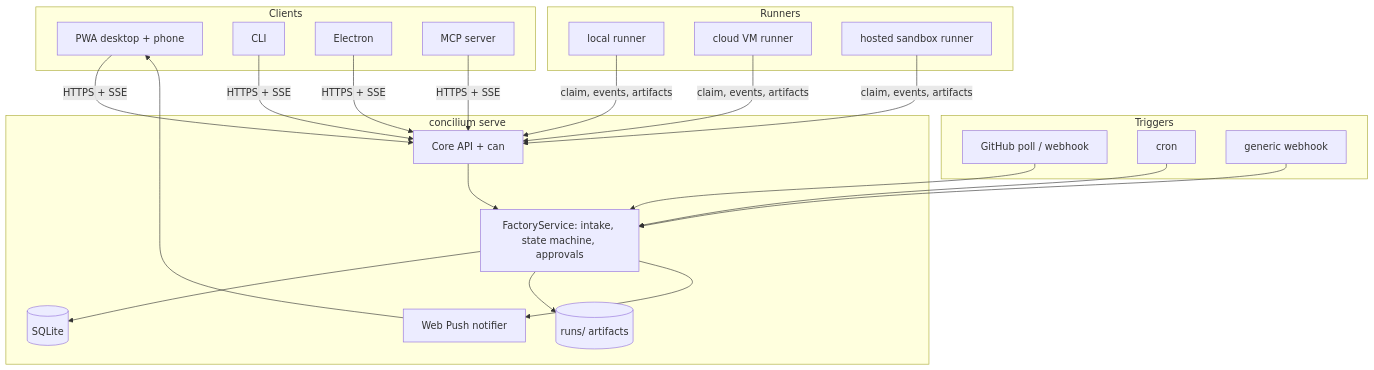
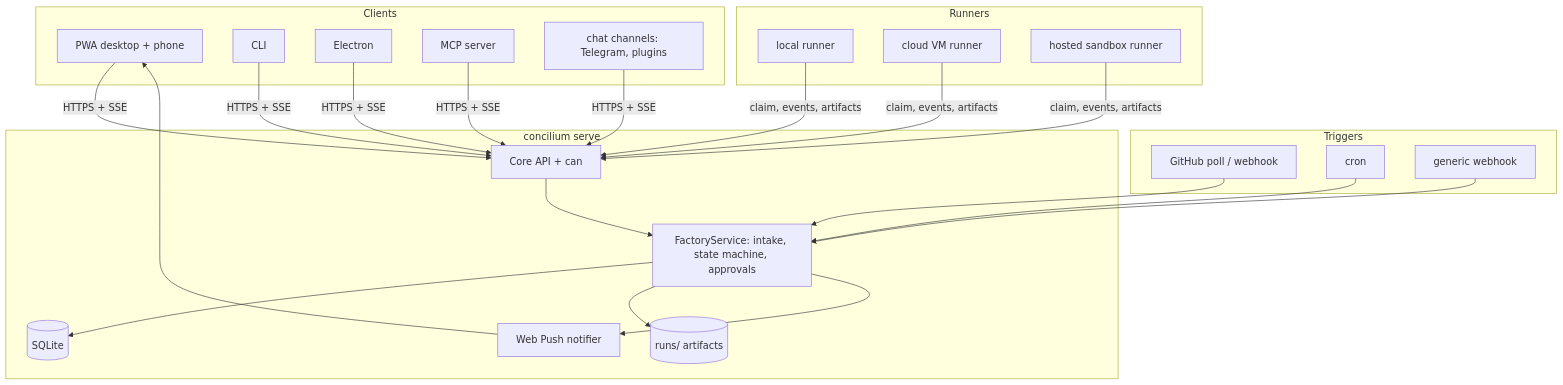
Before and after one commit to matiasdaloia/concilium: the first of 2 diagrams in docs/plans/factory-architecture.md, drawn with Mermaid. The commit also changed other lines of this file, not shown here.

Commit message:
docs: plan messaging channels gateway milestone

````diff
--- a/docs/plans/factory-architecture.md
+++ b/docs/plans/factory-architecture.md
@@ -108,32 +108,33 @@
 ```mermaid
 flowchart TB
   subgraph Clients
     PWA[PWA desktop + phone]
     CLI[CLI]
     EL[Electron]
     MCP[MCP server]
+    CH[chat channels: Telegram, plugins]
   end
   subgraph Triggers
     GH[GitHub poll / webhook]
     CRON[cron]
     WH[generic webhook]
   end
   subgraph CP[concilium serve]
     API[Core API + can]
     FS[FactoryService: intake, state machine, approvals]
     DB[(SQLite)]
     ART[(runs/ artifacts)]
     PUSH[Web Push notifier]
   end
   subgraph Runners
     LR[local runner]
     VM[cloud VM runner]
     SB[hosted sandbox runner]
   end
-  PWA & CLI & EL & MCP -->|HTTPS + SSE| API
+  PWA & CLI & EL & MCP & CH -->|HTTPS + SSE| API
   GH & CRON & WH --> FS
   API --> FS --> DB
   FS --> ART
   FS --> PUSH --> PWA
   LR & VM & SB -->|claim, events, artifacts| API
 ```
````
